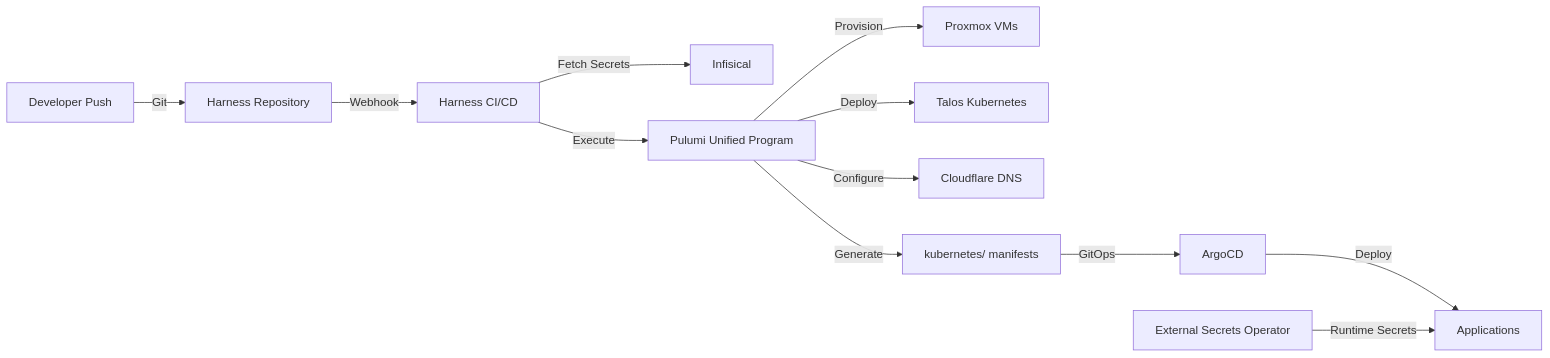
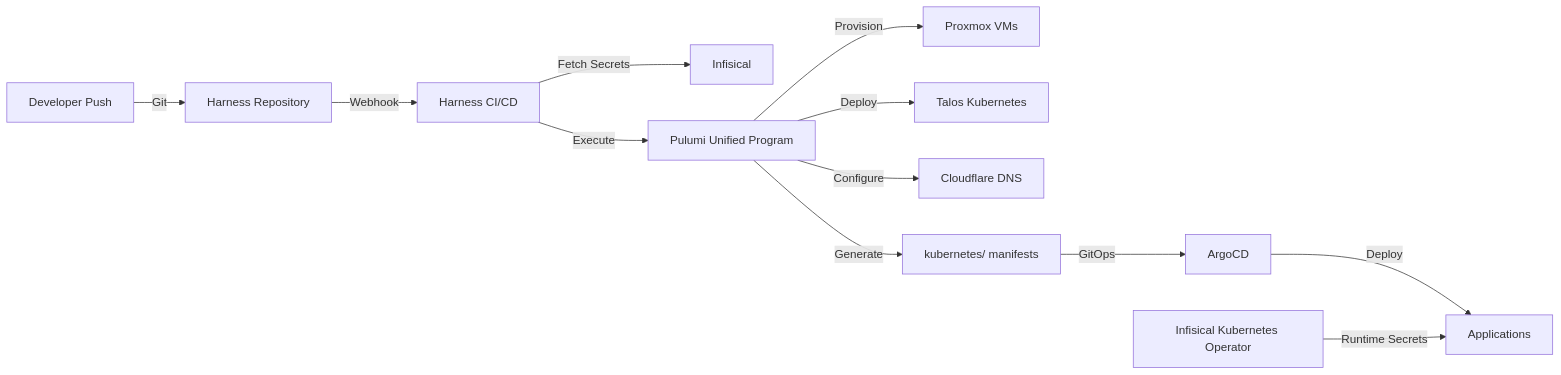
The diagram in README.md (rzp-labs/rzp-infrastructure), drawn with Mermaid before and after one commit. The commit also changed other lines of this file and 123 other files, not shown here.

First line of the commit message:
Refactors secrets management to Infisical Operator

````diff
--- a/README.md
+++ b/README.md
@@ -256,14 +256,14 @@
 ```mermaid
 graph LR
     A[Developer Push] -->|Git| B[Harness Repository]
     B -->|Webhook| C[Harness CI/CD]
     C -->|Fetch Secrets| D[Infisical]
     C -->|Execute| E[Pulumi Unified Program]
     E -->|Provision| F[Proxmox VMs]
     E -->|Deploy| G[Talos Kubernetes]
     E -->|Configure| H[Cloudflare DNS]
     E -->|Generate| I[kubernetes/ manifests]
     I -->|GitOps| J[ArgoCD]
     J -->|Deploy| K[Applications]
-    L[External Secrets Operator] -->|Runtime Secrets| K
+    L[Infisical Kubernetes Operator] -->|Runtime Secrets| K
 ```
````
